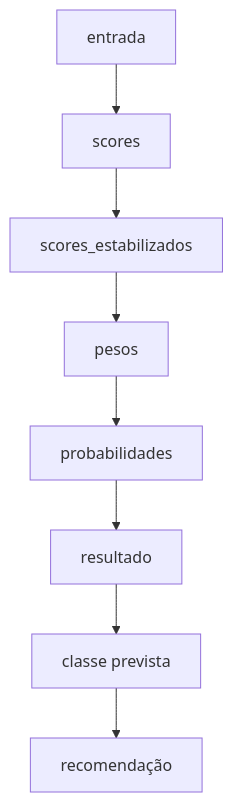
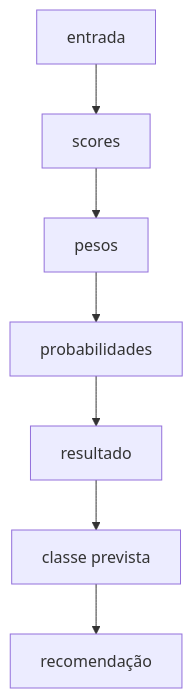
Before and after one commit to DiogoAug16/safra-rentavel: the first of 2 diagrams in docs/naive-bayes-inference.md, drawn with Mermaid. The commit also changed other lines of this file and 1 other file, not shown here.

````diff
--- a/docs/naive-bayes-inference.md
+++ b/docs/naive-bayes-inference.md
@@ -88,10 +88,9 @@
 ```mermaid
 flowchart TD
     A[entrada] --> B[scores]
-    B --> C[scores_estabilizados]
-    C --> D[pesos]
-    D --> E[probabilidades]
-    E --> F[resultado]
-    F --> G[classe prevista]
-    G --> H[recomendação]
+    B --> C[pesos]
+    C --> D[probabilidades]
+    D --> E[resultado]
+    E --> F[classe prevista]
+    F --> G[recomendação]
 ```
````
